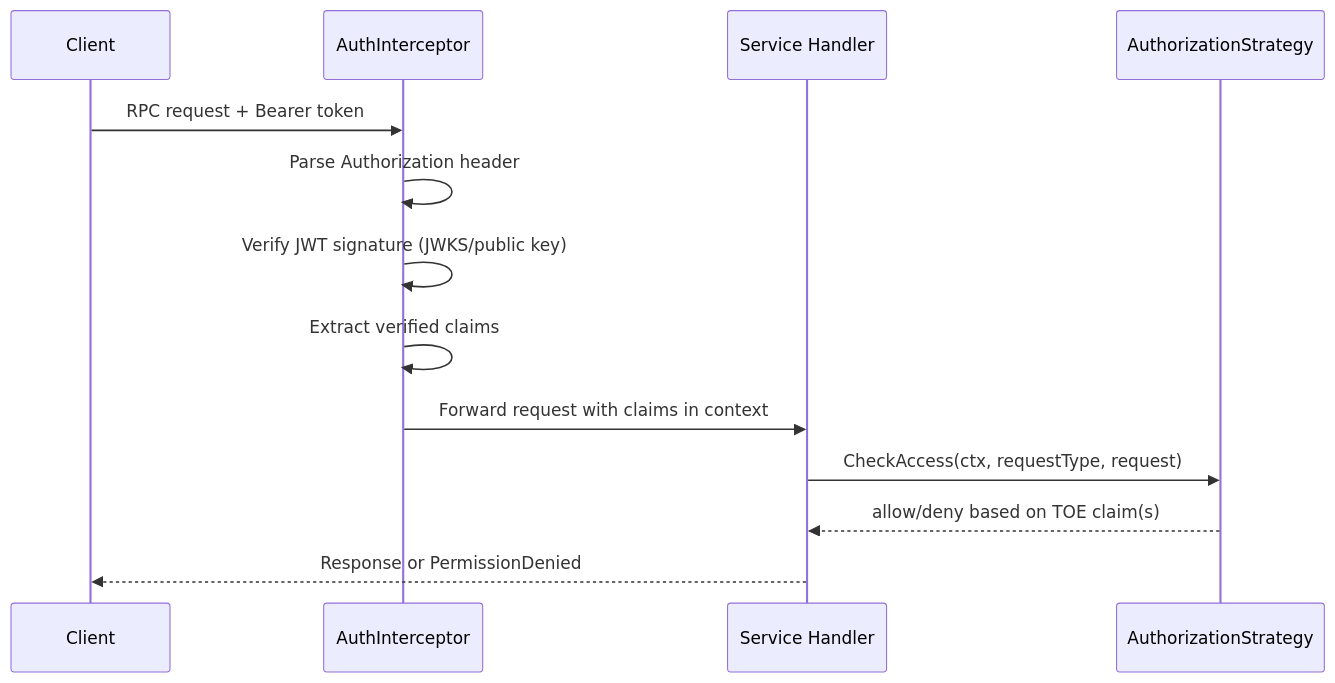
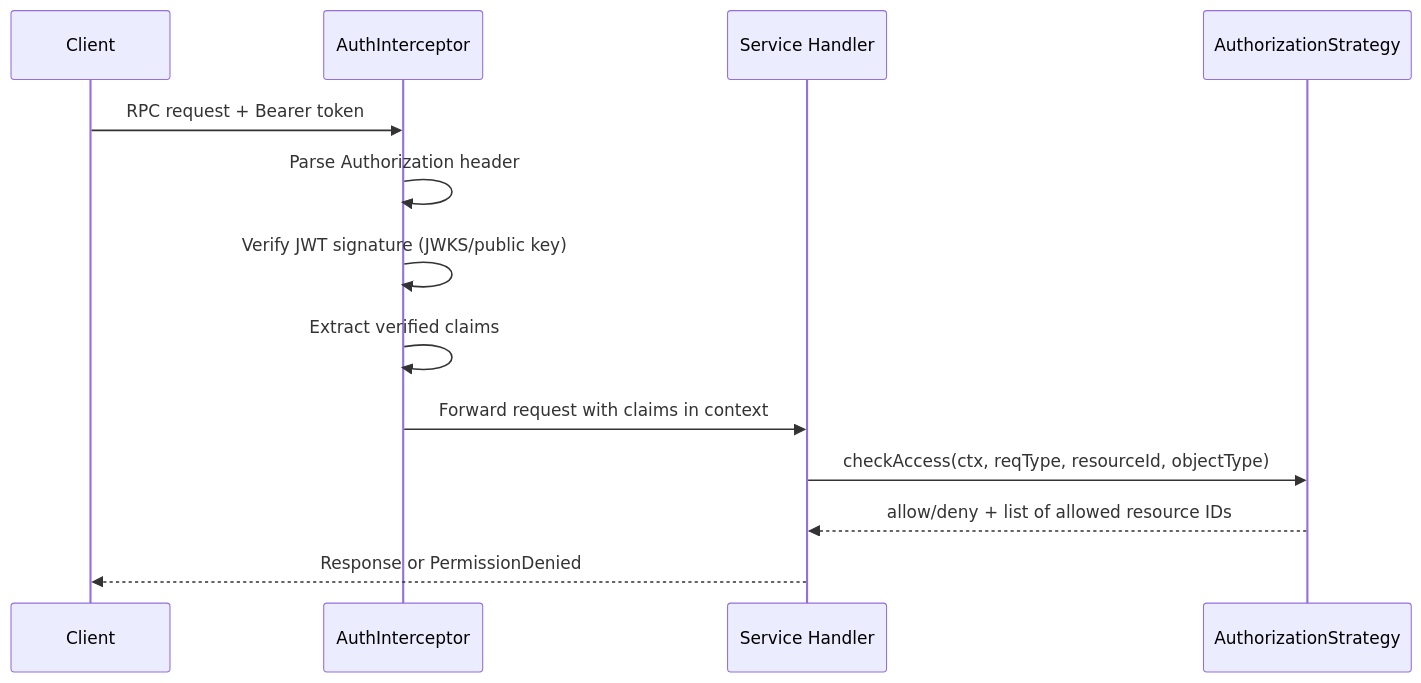
Before and after one commit to confirmate/confirmate: the diagram in core/docs/authentication-and-authorization.md, drawn with Mermaid. The commit also changed other lines of this file and 17 other files, not shown here.

````diff
--- a/core/docs/authentication-and-authorization.md
+++ b/core/docs/authentication-and-authorization.md
@@ -30,16 +31,16 @@
 ```mermaid
 sequenceDiagram
     participant C as Client
     participant AI as AuthInterceptor
     participant H as Service Handler
     participant AZ as AuthorizationStrategy
 
     C->>AI: RPC request + Bearer token
     AI->>AI: Parse Authorization header
     AI->>AI: Verify JWT signature (JWKS/public key)
     AI->>AI: Extract verified claims
     AI->>H: Forward request with claims in context
-    H->>AZ: CheckAccess(ctx, requestType, request)
-    AZ-->>H: allow/deny based on TOE claim(s)
+    H->>AZ: checkAccess(ctx, reqType, resourceId, objectType)
+    AZ-->>H: allow/deny + list of allowed resource IDs
     H-->>C: Response or PermissionDenied
 ```
````
